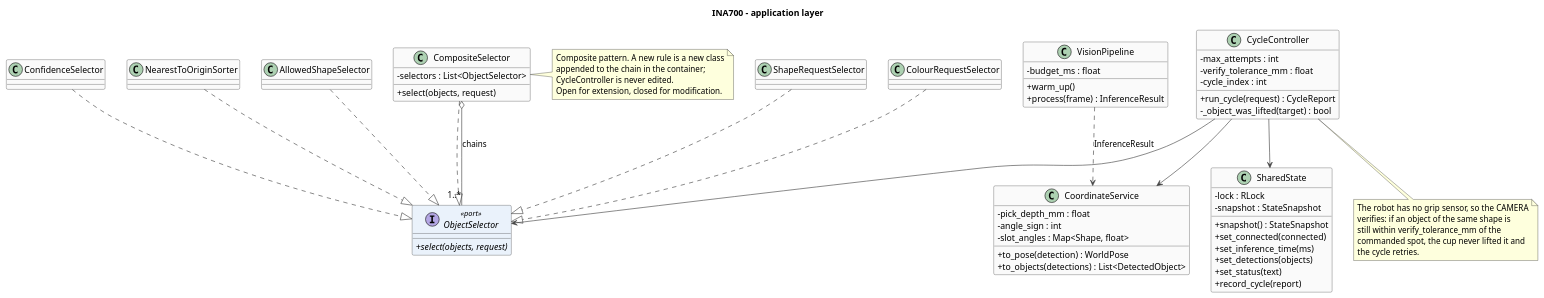
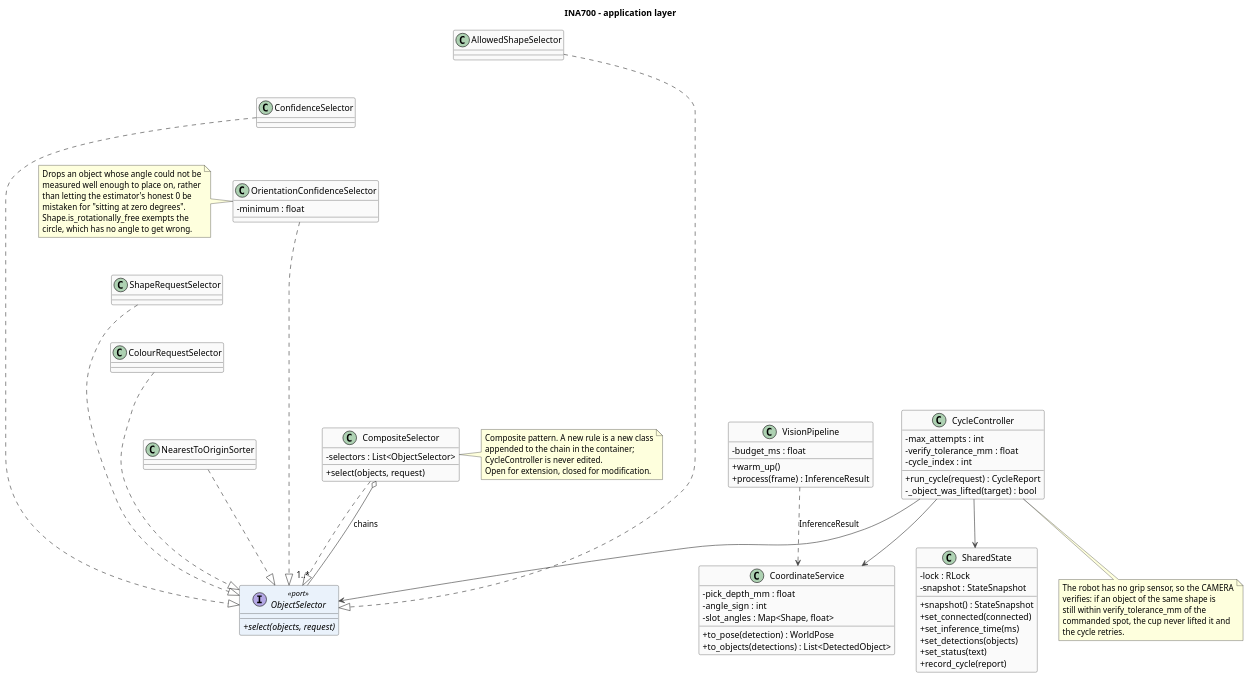
One commit to suka1901/project_industrial_automation changed the diagram in docs/uml/05-application.puml. Above: the diagram before and after it, drawn with PlantUML. The commit also changed 4 other files, not shown here.

First line of the commit message:
Update the UML to match the code, and make it readable

```diff
--- a/docs/uml/05-application.puml
+++ b/docs/uml/05-application.puml
@@ -1,95 +1,116 @@
 @startuml INA700_application
 ' INA700 - application layer
 ' Author: Suraj Karki
 ' Course: INA700 - AI-based pick and place
 '
 ' The use cases. They orchestrate the ports and hold no I/O of their own.
 
 title INA700 - application layer
 
 skinparam backgroundColor #FFFFFF
 skinparam shadowing false
 skinparam classAttributeIconSize 0
 skinparam ArrowColor #444444
 skinparam class {
   BorderColor #333333
   BackgroundColor #FAFAFA
   BackgroundColor<<port>> #EAF2FB
 }
 
 class VisionPipeline {
   -budget_ms : float
   +warm_up()
   +process(frame) : InferenceResult
 }
 
 class CoordinateService {
   -pick_depth_mm : float
   -angle_sign : int
   -slot_angles : Map<Shape, float>
   +to_pose(detection) : WorldPose
   +to_objects(detections) : List<DetectedObject>
 }
 
 class CycleController {
   -max_attempts : int
   -verify_tolerance_mm : float
   -cycle_index : int
   +run_cycle(request) : CycleReport
   -_object_was_lifted(target) : bool
 }
 
 class SharedState {
   -lock : RLock
   -snapshot : StateSnapshot
   +snapshot() : StateSnapshot
   +set_connected(connected)
   +set_inference_time(ms)
   +set_detections(objects)
   +set_status(text)
   +record_cycle(report)
 }
 
 interface ObjectSelector <<port>> {
   +{abstract} select(objects, request)
 }
 
 class AllowedShapeSelector
 class ShapeRequestSelector
 class ColourRequestSelector
 class ConfidenceSelector
+class OrientationConfidenceSelector {
+  -minimum : float
+}
 class NearestToOriginSorter
 class CompositeSelector {
   -selectors : List<ObjectSelector>
   +select(objects, request)
 }
 
 AllowedShapeSelector ..|> ObjectSelector
 ShapeRequestSelector ..|> ObjectSelector
 ColourRequestSelector ..|> ObjectSelector
 ConfidenceSelector ..|> ObjectSelector
+OrientationConfidenceSelector ..|> ObjectSelector
 NearestToOriginSorter ..|> ObjectSelector
 CompositeSelector ..|> ObjectSelector
 CompositeSelector o-- "1..*" ObjectSelector : chains
 
 CycleController --> CoordinateService
 CycleController --> ObjectSelector
 CycleController --> SharedState
 VisionPipeline ..> CoordinateService : "InferenceResult"
+
+note left of OrientationConfidenceSelector
+  Drops an object whose angle could not be
+  measured well enough to place on, rather
+  than letting the estimator's honest 0 be
+  mistaken for "sitting at zero degrees".
+  Shape.is_rotationally_free exempts the
+  circle, which has no angle to get wrong.
+end note
 
 note right of CompositeSelector
   Composite pattern. A new rule is a new class
   appended to the chain in the container;
   CycleController is never edited.
   Open for extension, closed for modification.
 end note
 
 note bottom of CycleController
   The robot has no grip sensor, so the CAMERA
   verifies: if an object of the same shape is
   still within verify_tolerance_mm of the
   commanded spot, the cup never lifted it and
   the cycle retries.
 end note
 
+' Hidden edges stack the selector chain into a column; side by side they make
+' the diagram eight times wider than it is tall.
+AllowedShapeSelector -[hidden]down- ConfidenceSelector
+ConfidenceSelector -[hidden]down- OrientationConfidenceSelector
+OrientationConfidenceSelector -[hidden]down- ShapeRequestSelector
+ShapeRequestSelector -[hidden]down- ColourRequestSelector
+ColourRequestSelector -[hidden]down- NearestToOriginSorter
+
 @enduml
```
